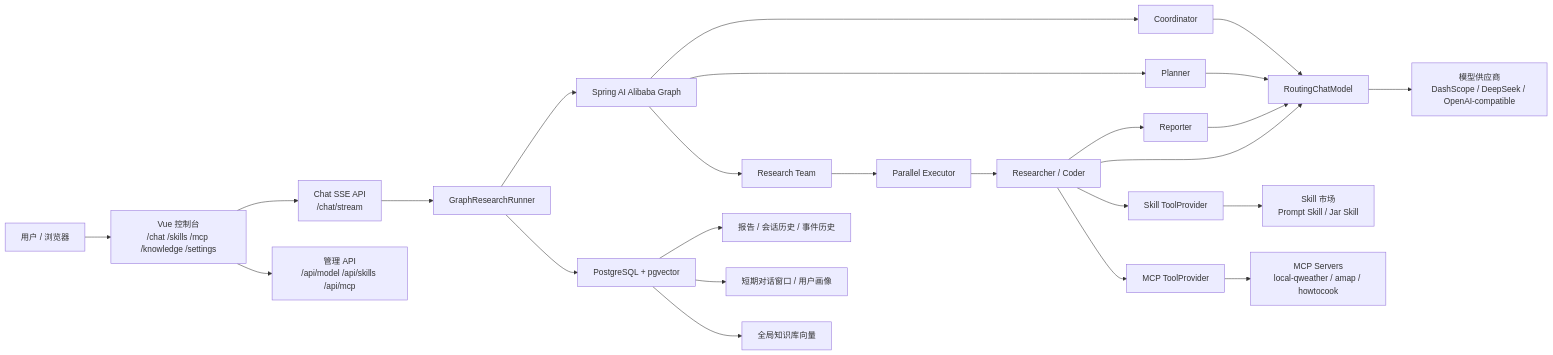
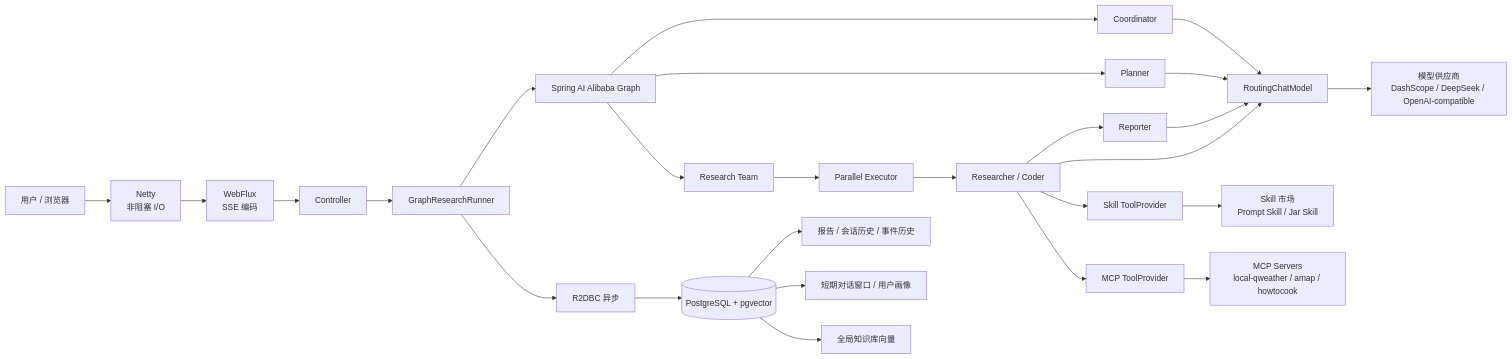
Before and after one commit to man-mu/M-agent: the second of 3 diagrams in README.md, drawn with Mermaid. The commit also changed other lines of this file, not shown here.

Commit message:
docs: 完善架构图，新增请求接收层（Netty/WebFlux/R2DBC）

````diff
--- a/README.md
+++ b/README.md
@@ -32,31 +60,32 @@
 ```mermaid
 flowchart LR
-  User["用户 / 浏览器"] --> UI["Vue 控制台<br/>/chat /skills /mcp /knowledge /settings"]
-  UI --> ChatApi["Chat SSE API<br/>/chat/stream"]
-  UI --> AdminApi["管理 API<br/>/api/model /api/skills /api/mcp"]
+  User["用户 / 浏览器"] --> Netty["Netty<br/>非阻塞 I/O"]
+  Netty --> WebFlux["WebFlux<br/>SSE 编码"]
+  WebFlux --> Controller["Controller"]
+  Controller --> Runner["GraphResearchRunner"]
 
-  ChatApi --> Runner["GraphResearchRunner"]
   Runner --> Graph["Spring AI Alibaba Graph"]
   Graph --> Coordinator["Coordinator"]
   Graph --> Planner["Planner"]
   Graph --> Team["Research Team"]
   Team --> Executor["Parallel Executor"]
   Executor --> Researcher["Researcher / Coder"]
   Researcher --> Reporter["Reporter"]
 
   Coordinator --> ModelRouter["RoutingChatModel"]
   Planner --> ModelRouter
   Researcher --> ModelRouter
   Reporter --> ModelRouter
   ModelRouter --> Providers["模型供应商<br/>DashScope / DeepSeek / OpenAI-compatible"]
 
   Researcher --> SkillTools["Skill ToolProvider"]
   SkillTools --> SkillMarket["Skill 市场<br/>Prompt Skill / Jar Skill"]
   Researcher --> McpTools["MCP ToolProvider"]
   McpTools --> McpServers["MCP Servers<br/>local-qweather / amap / howtocook"]
 
-  Runner --> Pg["PostgreSQL + pgvector"]
+  Runner --> R2DBC["R2DBC 异步"]
+  R2DBC --> Pg[("PostgreSQL + pgvector")]
   Pg --> Reports["报告 / 会话历史 / 事件历史"]
   Pg --> Memory["短期对话窗口 / 用户画像"]
   Pg --> RagDocs["全局知识库向量"]
 ```
````
